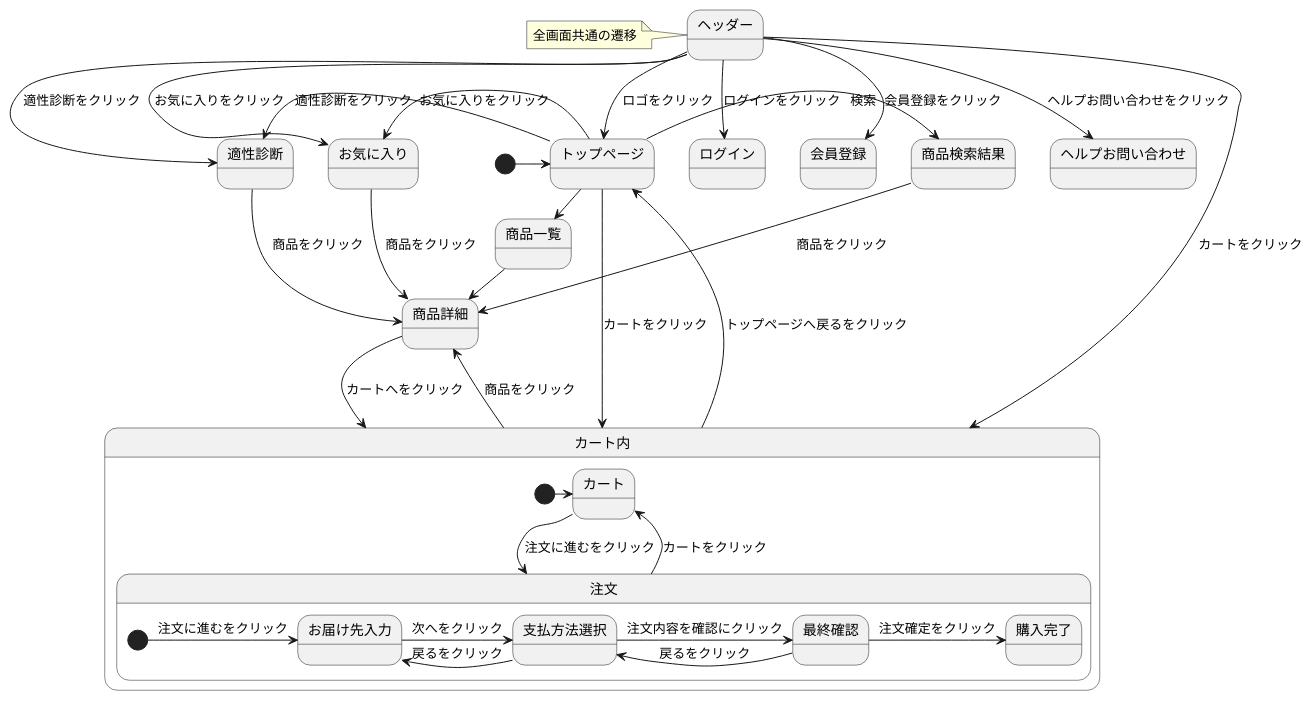
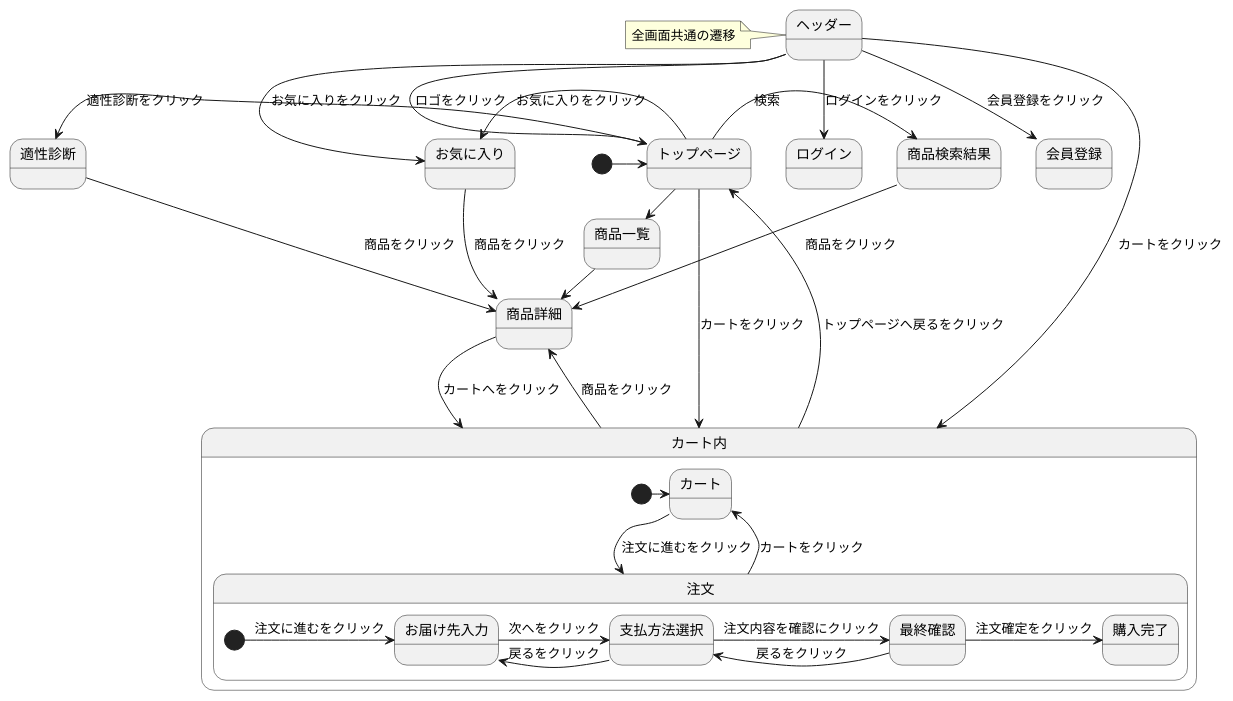
The diagram in 03_画面遷移図/stm_03.md (Aso2101122/coffeeEC), drawn with PlantUML before and after one commit. The commit also changed other lines of this file, not shown here.

````diff
--- a/03_画面遷移図/stm_03.md
+++ b/03_画面遷移図/stm_03.md
@@ -2,44 +2,42 @@
 ```uml
 @startuml
 [*]->トップページ
 トップページ->商品検索結果: 検索
 トップページ-right->商品一覧: 商品一覧をクリック
 商品一覧->商品詳細: 商品をクリック
 商品検索結果-down->商品詳細: 商品をクリック
 商品詳細-->カート内: カートへをクリック
 トップページ-left->お気に入り: お気に入りをクリック
 お気に入り->商品詳細: 商品をクリック
 トップページ-left->適性診断: 適性診断をクリック
 適性診断->商品詳細: 商品をクリック
 トップページ-->カート内: カートをクリック
 カート内->トップページ: トップページへ戻るをクリック
 カート内->商品詳細: 商品をクリック
 
 state カート内{
 [*]->カート
 カート-->注文: 注文に進むをクリック
   state 注文{
     [*]->お届け先入力: 注文に進むをクリック
     注文->カート: カートをクリック
     お届け先入力->支払方法選択: 次へをクリック
     支払方法選択->お届け先入力: 戻るをクリック
     支払方法選択->最終確認: 注文内容を確認にクリック
     最終確認->支払方法選択: 戻るをクリック
     最終確認->購入完了: 注文確定をクリック
   }
 }
 
 state ヘッダー{
 }
 note left of ヘッダー: 全画面共通の遷移
 
 
 ヘッダー-down->トップページ: ロゴをクリック
 ヘッダー-down->ログイン: ログインをクリック
 ヘッダー-down->会員登録: 会員登録をクリック
-ヘッダー-down->適性診断: 適性診断をクリック
 ヘッダー-down->お気に入り: お気に入りをクリック
 ヘッダー-down->カート内: カートをクリック
-ヘッダー-down->ヘルプお問い合わせ: ヘルプお問い合わせをクリック
 @enduml
 ```
````
